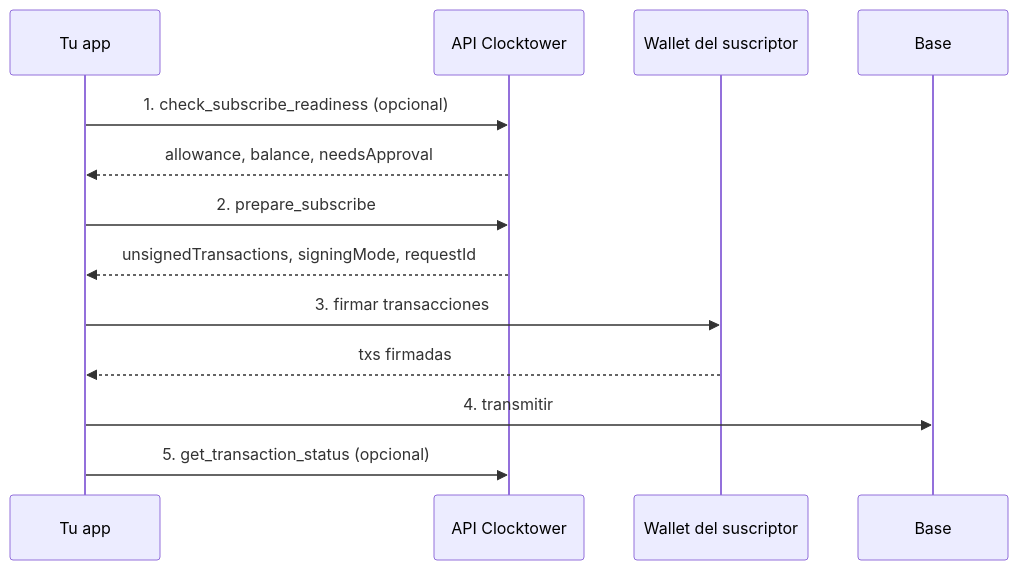
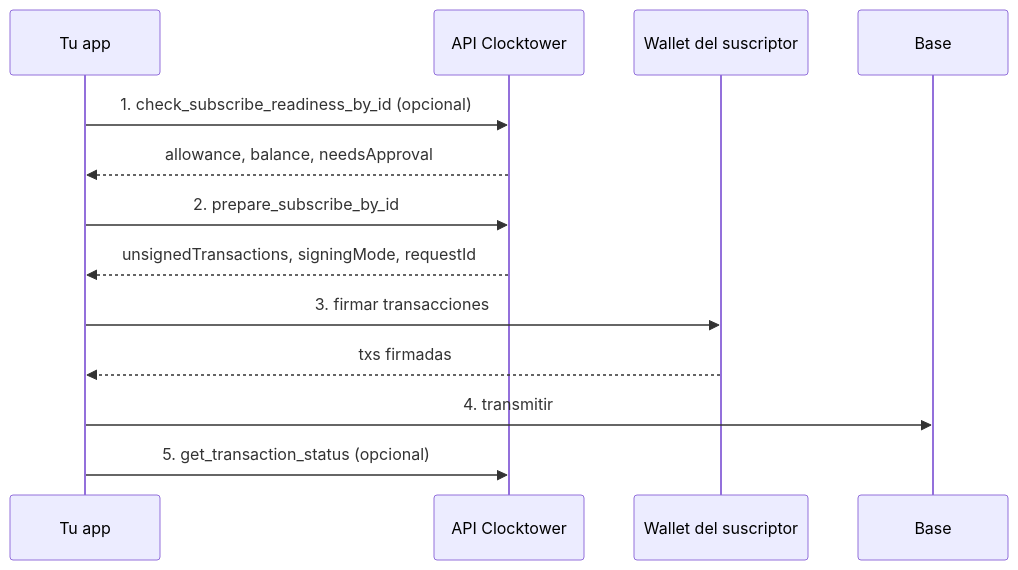
Before and after one commit to clocktower-protocol/clocktower-docs: the diagram in i18n/es/docusaurus-plugin-content-docs/current/developers/05-Workflows/02-subscribe.mdx, drawn with Mermaid. The commit also changed other lines of this file and 9 other files, not shown here.

````diff
--- a/i18n/es/docusaurus-plugin-content-docs/current/developers/05-Workflows/02-subscribe.mdx
+++ b/i18n/es/docusaurus-plugin-content-docs/current/developers/05-Workflows/02-subscribe.mdx
@@ -38,16 +38,16 @@
 ```mermaid
 sequenceDiagram
   participant App as Tu app
   participant API as API Clocktower
   participant Wallet as Wallet del suscriptor
   participant Chain as Base
 
-  App->>API: 1. check_subscribe_readiness (opcional)
+  App->>API: 1. check_subscribe_readiness_by_id (opcional)
   API-->>App: allowance, balance, needsApproval
-  App->>API: 2. prepare_subscribe
+  App->>API: 2. prepare_subscribe_by_id
   API-->>App: unsignedTransactions, signingMode, requestId
   App->>Wallet: 3. firmar transacciones
   Wallet-->>App: txs firmadas
   App->>Chain: 4. transmitir
   App->>API: 5. get_transaction_status (opcional)
 ```
````
